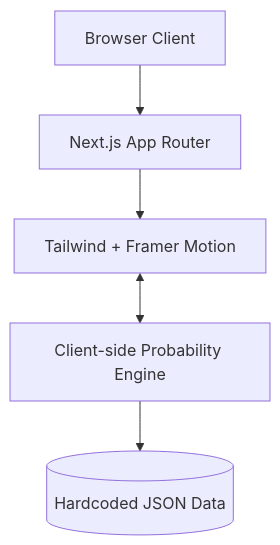
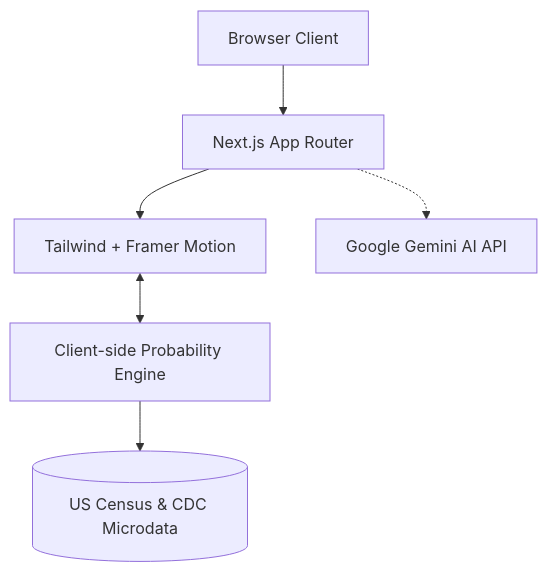
One commit to anmolsharma152/Delusion-Calculator changed the first of 2 diagrams in docs/ARCHITECTURE.md. Above: the diagram before and after it, drawn with Mermaid. The commit also changed other lines of this file and 1 other file, not shown here.

Commit message:
docs: add 4 planned feature roadmap items to README and ARCHITECTURE

````diff
--- a/docs/ARCHITECTURE.md
+++ b/docs/ARCHITECTURE.md
@@ -7,13 +7,15 @@
 ```mermaid
 graph TD
     Client[Browser Client]
     App[Next.js App Router]
     UI[Tailwind + Framer Motion]
     Calc[Client-side Probability Engine]
-    Data[(Hardcoded JSON Data)]
+    Data[(US Census & CDC Microdata)]
+    Gemini[Google Gemini AI API]
     
     Client --> App
     App --> UI
     UI <--> Calc
     Calc --> Data
+    App -.-> Gemini
 ```
````
